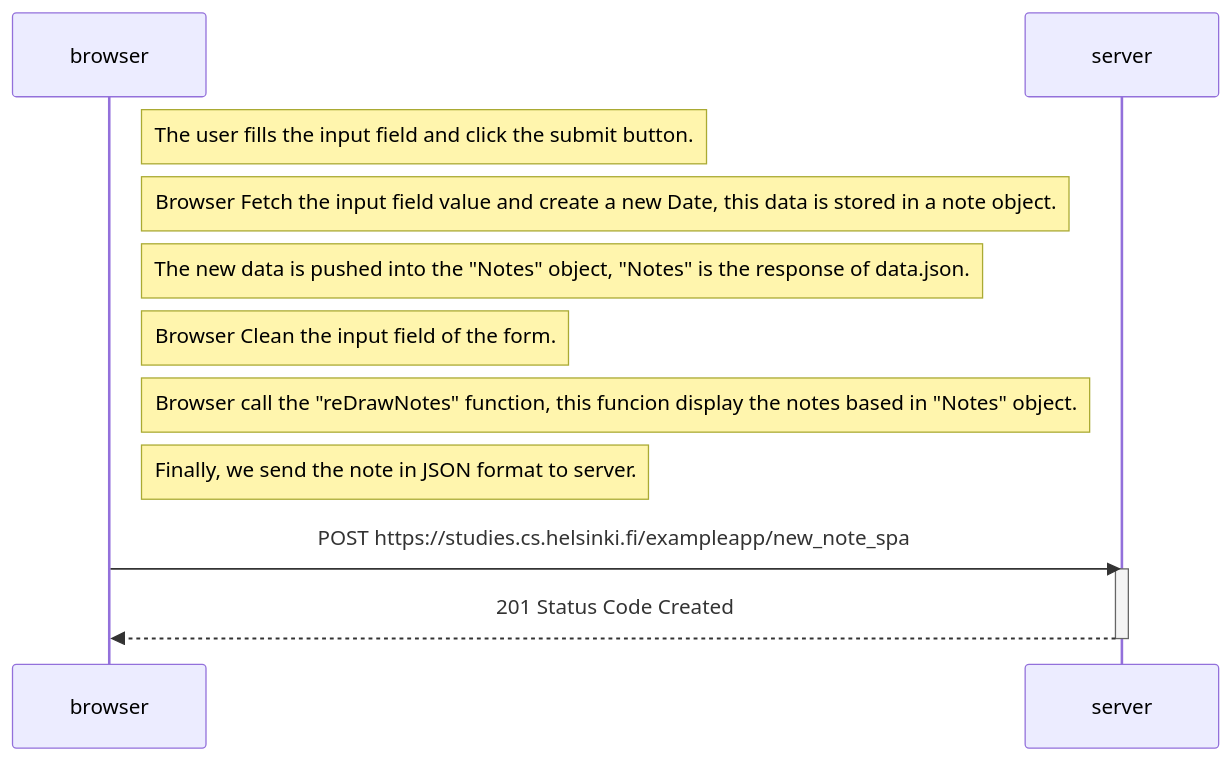
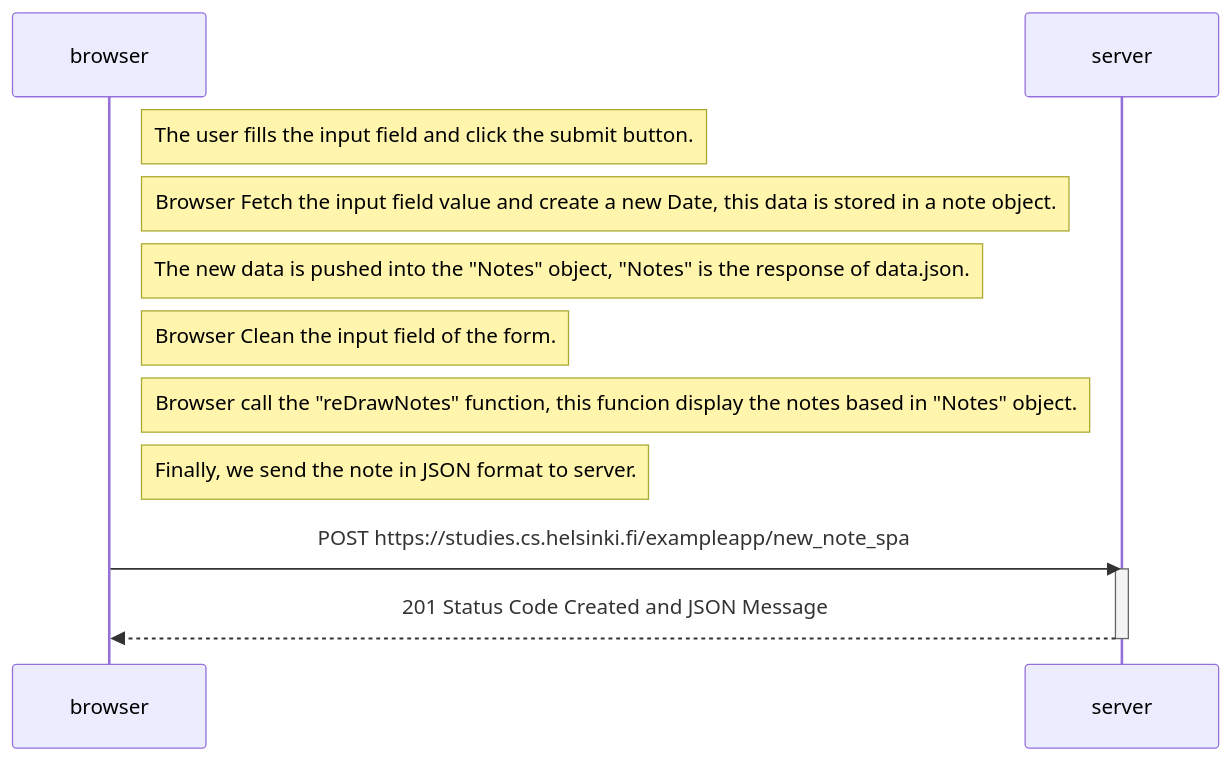
Before and after one commit to AppSiDaL/fullStackOpen: the diagram in part0/0.6/diagram.md, drawn with Mermaid.

Commit message:
Edit 0.6 diagram

````diff
--- a/part0/0.6/diagram.md
+++ b/part0/0.6/diagram.md
@@ -1,23 +1,23 @@
 ```mermaid
 sequenceDiagram
     participant browser
     participant server
 
     Note right of browser: The user fills the input field and click the submit button.
     
     Note right of browser: Browser Fetch the input field value and create a new Date, this data is stored in a note object.
 
     Note right of browser: The new data is pushed into the "Notes" object, "Notes" is the response of data.json.
 
     Note right of browser: Browser Clean the input field of the form.
 
     Note right of browser: Browser call the "reDrawNotes" function, this funcion display the notes based in "Notes" object.
 
     Note right of browser: Finally, we send the note in JSON format to server.
 
     browser->>server: POST https://studies.cs.helsinki.fi/exampleapp/new_note_spa
     activate server
-    server-->>browser: 201 Status Code Created
+    server-->>browser: 201 Status Code Created and JSON Message
     deactivate server
 
 ```
````
